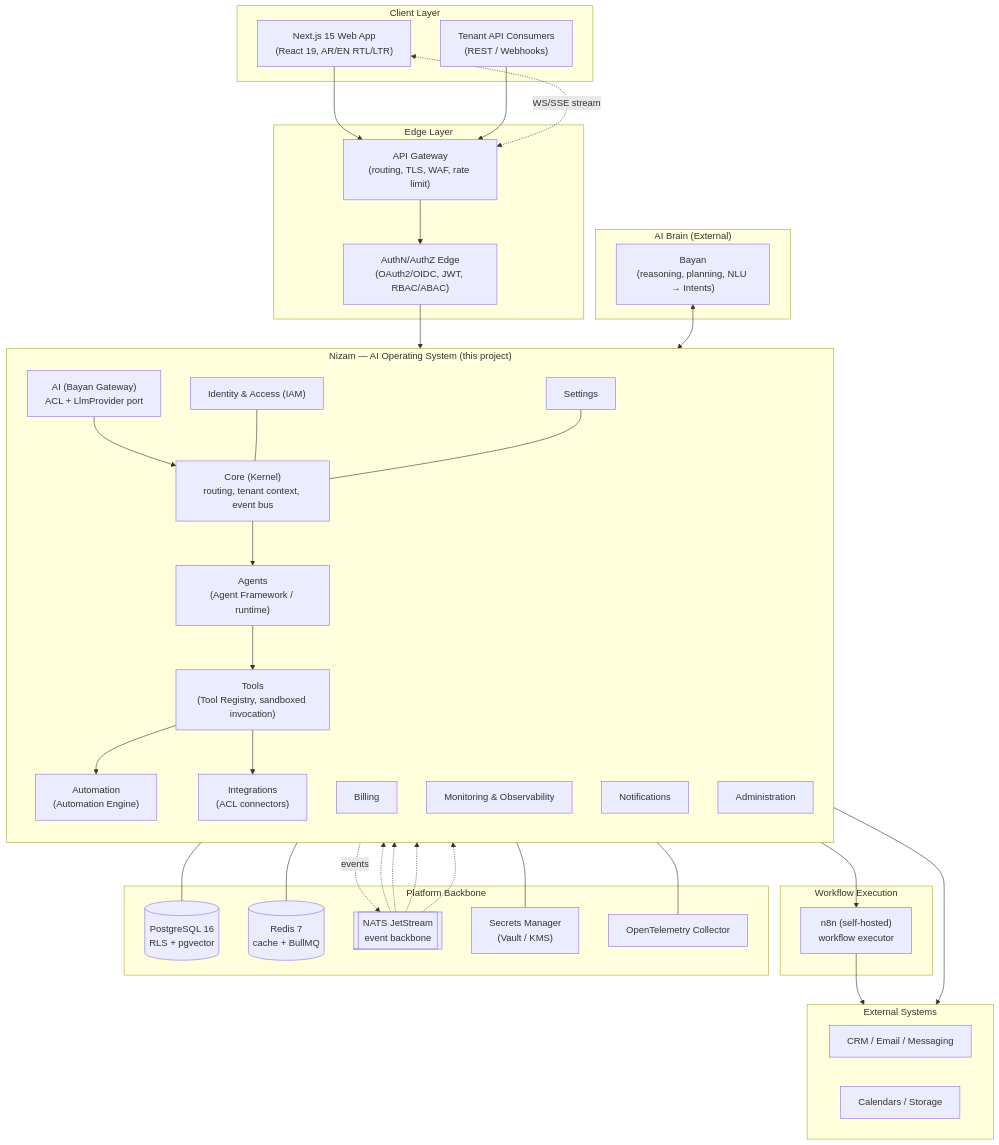
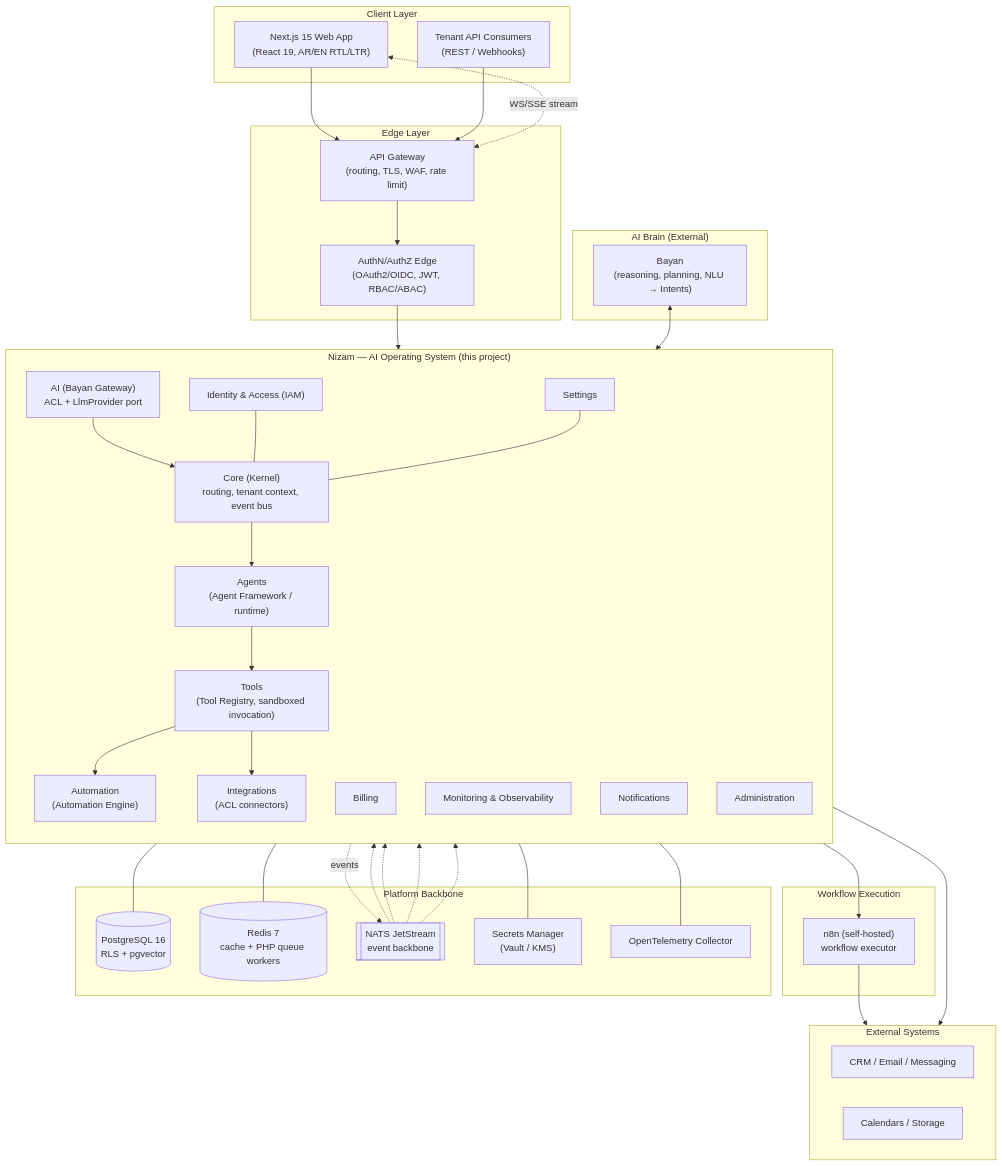
The first of 16 diagrams in docs/03-Architecture.md (ammarnabileg/crm), drawn with Mermaid before and after one commit. The commit also changed other lines of this file and 18 other files, not shown here.

````diff
--- a/docs/03-Architecture.md
+++ b/docs/03-Architecture.md
@@ -29,73 +29,73 @@
 ```mermaid
 flowchart TB
     subgraph Client["Client Layer"]
         WEB["Next.js 15 Web App<br/>(React 19, AR/EN RTL/LTR)"]
         API_CONSUMER["Tenant API Consumers<br/>(REST / Webhooks)"]
     end
 
     subgraph Edge["Edge Layer"]
         GW["API Gateway<br/>(routing, TLS, WAF, rate limit)"]
         AUTH["AuthN/AuthZ Edge<br/>(OAuth2/OIDC, JWT, RBAC/ABAC)"]
     end
 
     subgraph Brain["AI Brain (External)"]
         BAYAN["Bayan<br/>(reasoning, planning, NLU → Intents)"]
     end
 
     subgraph Nizam["Nizam — AI Operating System (this project)"]
         direction TB
         GATEWAY["AI (Bayan Gateway)<br/>ACL + LlmProvider port"]
         KERNEL["Core (Kernel)<br/>routing, tenant context, event bus"]
         AGENTS["Agents<br/>(Agent Framework / runtime)"]
         TOOLS["Tools<br/>(Tool Registry, sandboxed invocation)"]
         AUTO["Automation<br/>(Automation Engine)"]
         INTEG["Integrations<br/>(ACL connectors)"]
         IAM["Identity & Access (IAM)"]
         BILL["Billing"]
         MON["Monitoring & Observability"]
         SET["Settings"]
         NOTIF["Notifications"]
         ADMIN["Administration"]
     end
 
     subgraph Execution["Workflow Execution"]
         N8N["n8n (self-hosted)<br/>workflow executor"]
     end
 
     subgraph Backbone["Platform Backbone"]
         PG[("PostgreSQL 16<br/>RLS + pgvector")]
-        REDIS[("Redis 7<br/>cache + BullMQ")]
+        REDIS[("Redis 7<br/>cache + PHP queue workers")]
         NATS[["NATS JetStream<br/>event backbone"]]
         VAULT["Secrets Manager<br/>(Vault / KMS)"]
         OTEL["OpenTelemetry Collector"]
     end
 
     subgraph External["External Systems"]
         CRM_EXT["CRM / Email / Messaging"]
         CAL["Calendars / Storage"]
     end
 
     WEB --> GW
     API_CONSUMER --> GW
     GW --> AUTH --> KERNEL
     WEB <-.WS/SSE stream.-> GW
 
     BAYAN <--> GATEWAY
     GATEWAY --> KERNEL
     KERNEL --> AGENTS --> TOOLS
     TOOLS --> AUTO --> N8N --> External
     TOOLS --> INTEG --> External
 
     KERNEL -.events.-> NATS
     NATS -.-> MON
     NATS -.-> BILL
     NATS -.-> NOTIF
     NATS -.-> ADMIN
 
     IAM --- KERNEL
     SET --- KERNEL
     Nizam --- PG
     Nizam --- REDIS
     Nizam --- VAULT
     Nizam --- OTEL
 ```
````
